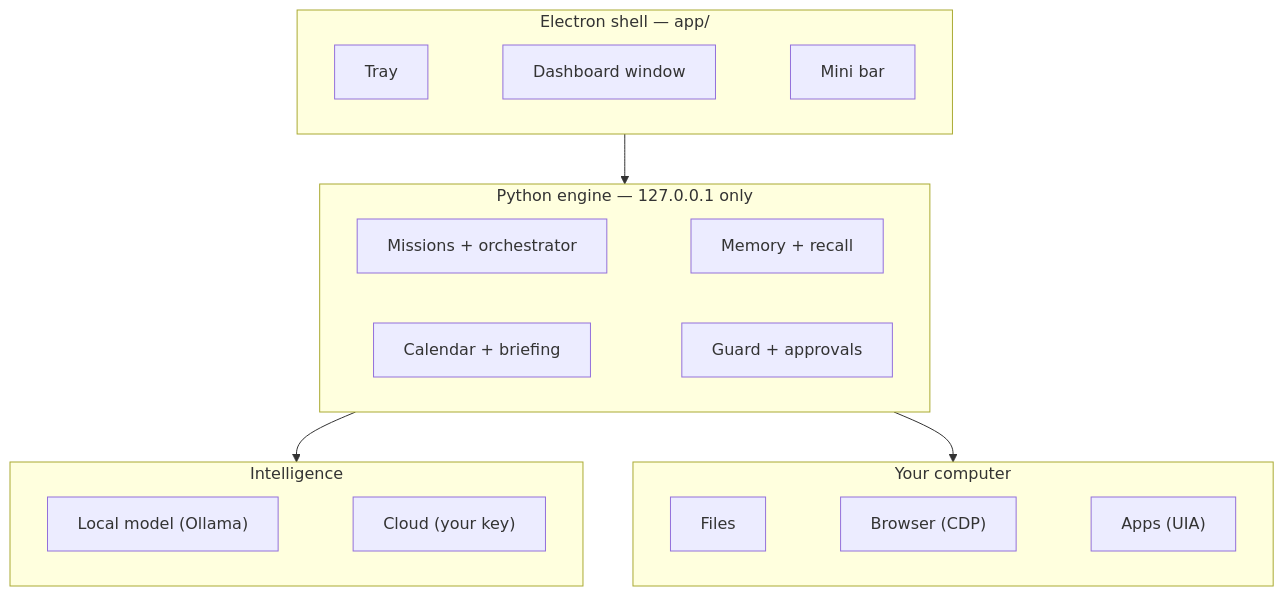
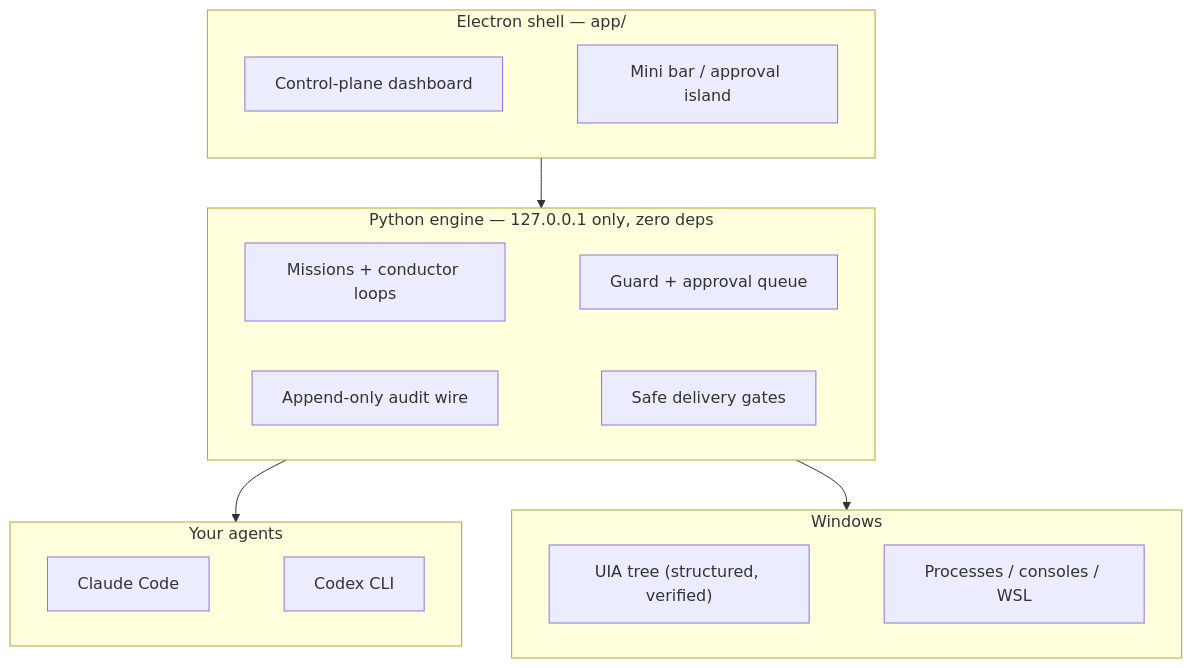
The diagram in README.md (mizuharaa/wisp_os), drawn with Mermaid before and after one commit. The commit also changed other lines of this file, not shown here.

First line of the commit message:
Reposition README: local control plane for agentic development

````diff
--- a/README.md
+++ b/README.md
@@ -72,19 +82,19 @@
 ```mermaid
 flowchart TB
     subgraph shell["Electron shell — app/"]
-        tray["Tray"] ~~~ main["Dashboard window"] ~~~ bar["Mini bar"]
+        main["Control-plane dashboard"] ~~~ bar["Mini bar / approval island"]
     end
-    subgraph engine["Python engine — 127.0.0.1 only"]
-        missions["Missions + orchestrator"] ~~~ memory["Memory + recall"]
-        calendar["Calendar + briefing"] ~~~ guard["Guard + approvals"]
+    subgraph engine["Python engine — 127.0.0.1 only, zero deps"]
+        missions["Missions + conductor loops"] ~~~ guard["Guard + approval queue"]
+        wire["Append-only audit wire"] ~~~ delivery["Safe delivery gates"]
     end
-    subgraph intelligence["Intelligence"]
-        local["Local model (Ollama)"] ~~~ cloud["Cloud (your key)"]
+    subgraph agents["Your agents"]
+        claude["Claude Code"] ~~~ codex["Codex CLI"]
     end
-    subgraph world["Your computer"]
-        files["Files"] ~~~ browser["Browser (CDP)"] ~~~ apps["Apps (UIA)"]
+    subgraph windows["Windows"]
+        uia["UIA tree (structured, verified)"] ~~~ proc["Processes / consoles / WSL"]
     end
     shell --> engine
-    engine --> intelligence
-    engine --> world
+    engine --> agents
+    engine --> windows
 ```
````
